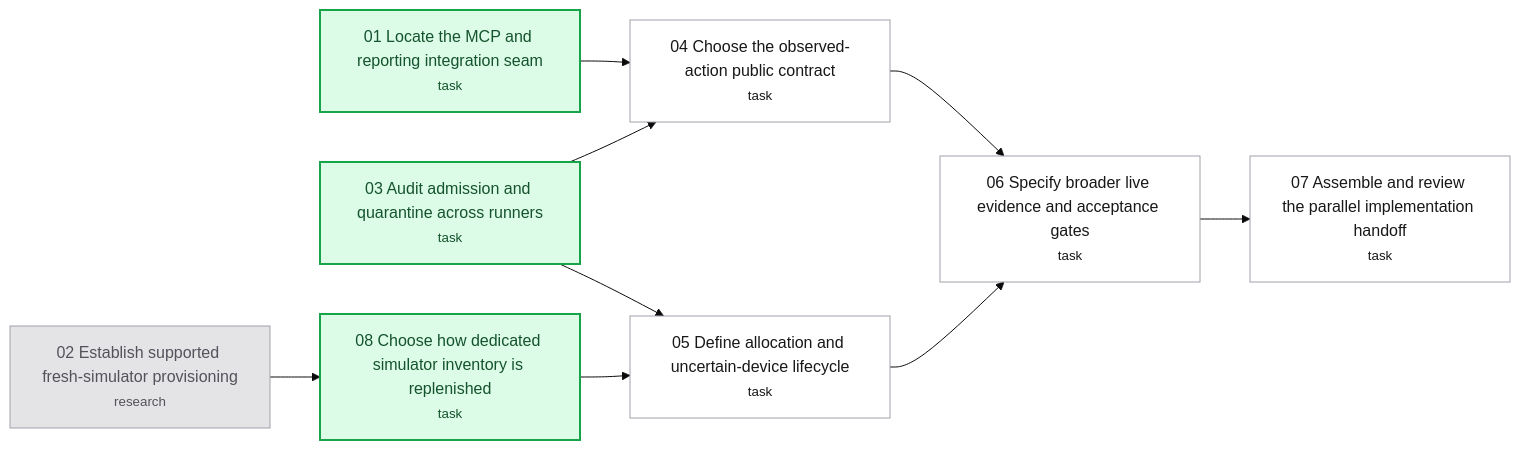
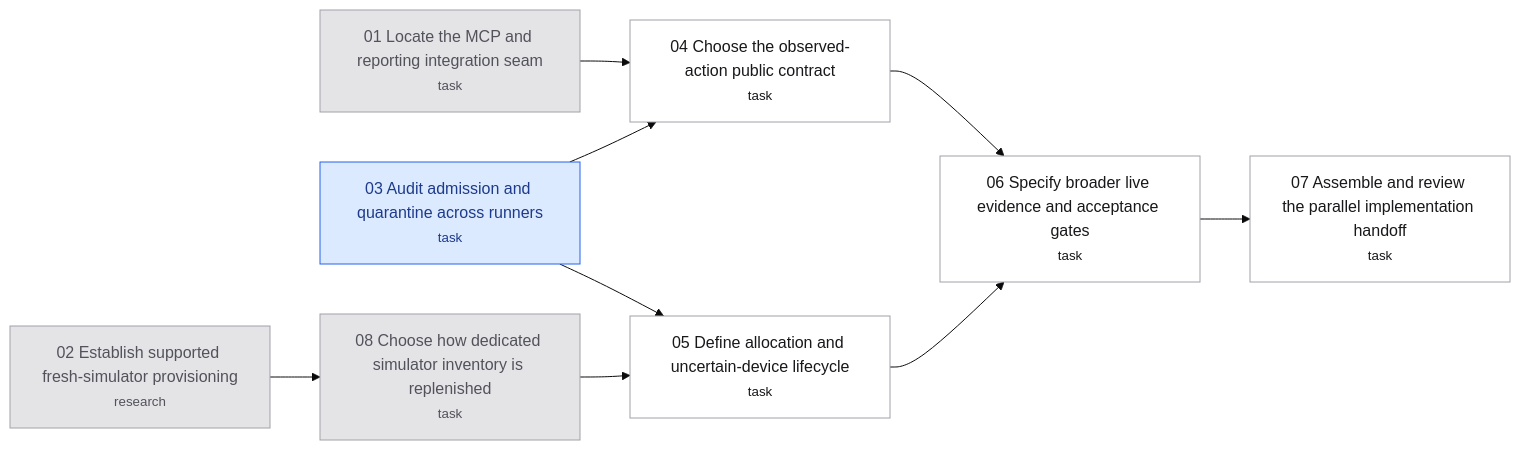
The diagram in .scratch/observed-integration/map.md (hugues-vnsgn/jev-ios-bridge), drawn with Mermaid (base theme) before and after one commit. The commit also changed other lines of this file and 5 other files, not shown here.

````diff
--- a/.scratch/observed-integration/map.md
+++ b/.scratch/observed-integration/map.md
@@ -31,26 +36,26 @@
 ```mermaid
 flowchart LR
     T01["01 Locate the MCP and reporting integration seam<br/><small>task</small>"]
     T02["02 Establish supported fresh-simulator provisioning<br/><small>research</small>"]
     T03["03 Audit admission and quarantine across runners<br/><small>task</small>"]
     T04["04 Choose the observed-action public contract<br/><small>task</small>"]
     T05["05 Define allocation and uncertain-device lifecycle<br/><small>task</small>"]
     T06["06 Specify broader live evidence and acceptance gates<br/><small>task</small>"]
     T07["07 Assemble and review the parallel implementation handoff<br/><small>task</small>"]
     T08["08 Choose how dedicated simulator inventory is replenished<br/><small>task</small>"]
     T01 --> T04
     T03 --> T04
     T03 --> T05
     T08 --> T05
     T04 --> T06
     T05 --> T06
     T06 --> T07
     T02 --> T08
     classDef resolved fill:#e4e4e7,stroke:#a1a1aa,color:#52525b
     classDef claimed fill:#dbeafe,stroke:#2563eb,color:#1e3a8a
     classDef frontier fill:#dcfce7,stroke:#16a34a,color:#14532d,stroke-width:2px
     classDef blocked fill:#ffffff,stroke:#a1a1aa,color:#18181b
-    class T02 resolved
-    class T01,T03,T08 frontier
+    class T01,T02,T08 resolved
+    class T03 claimed
     class T04,T05,T06,T07 blocked
 ```
````
